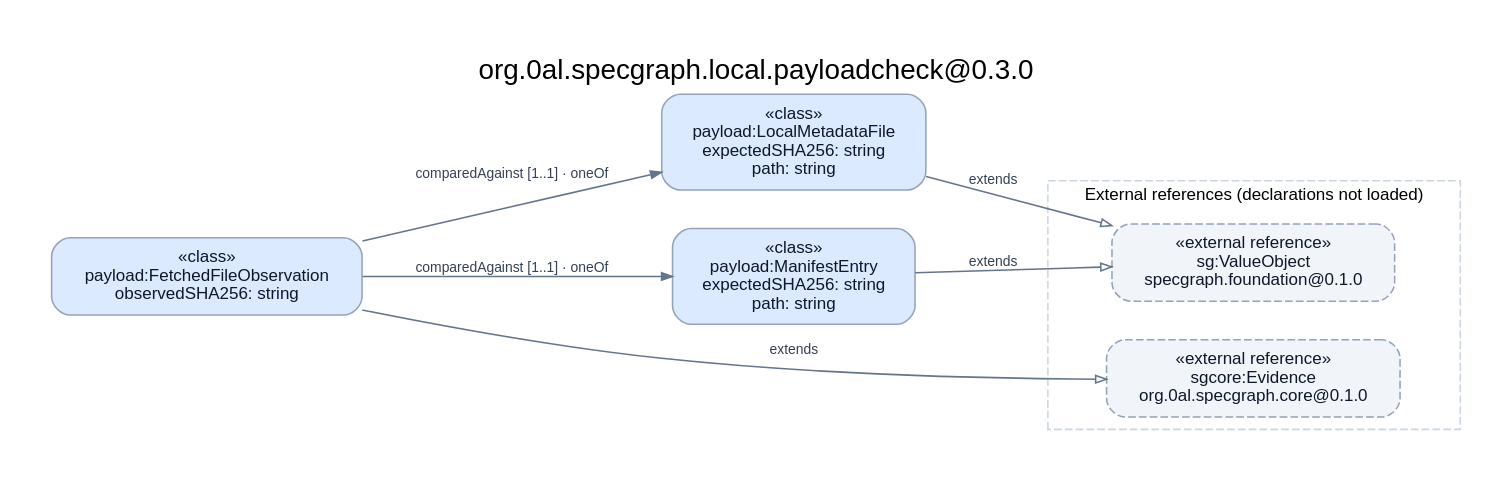
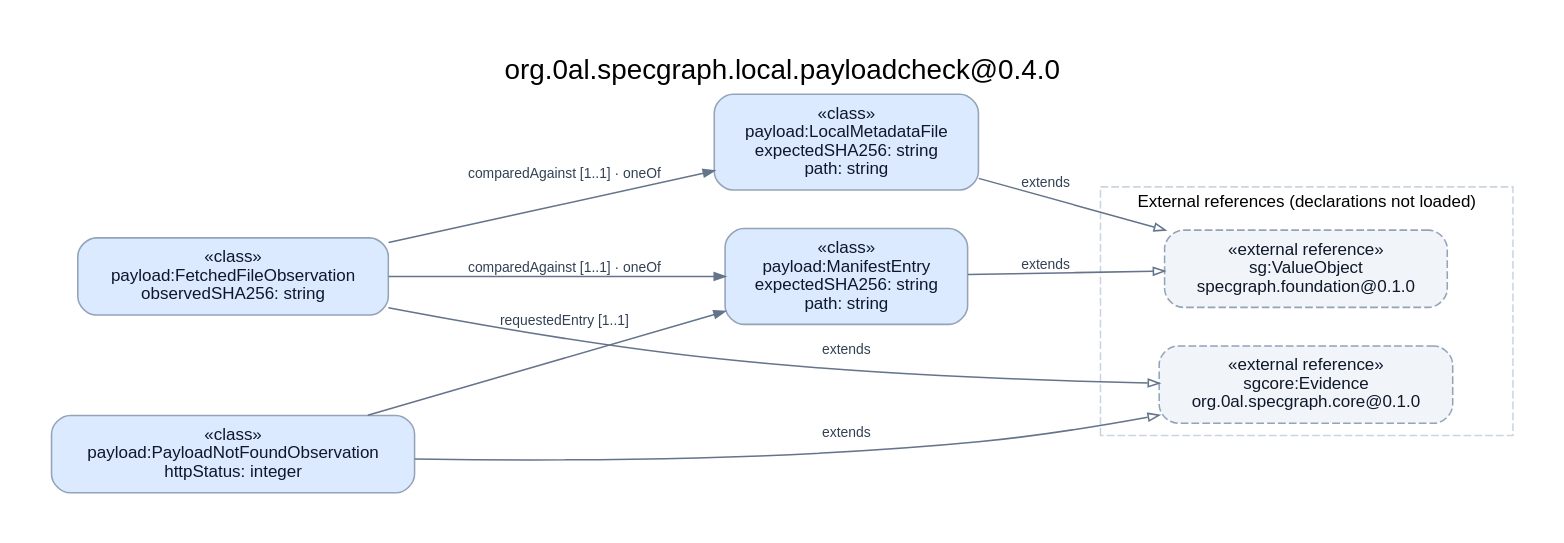
The diagram in specs/models/SG-SPEC-0071/ontology.dot (0al-spec/SpecGraph), drawn with Graphviz before and after one commit. The commit also changed 10 other files, not shown here.

First line of the commit message:
Distinguish a missing remote payload from an empty file

```diff
--- a/specs/models/SG-SPEC-0071/ontology.dot
+++ b/specs/models/SG-SPEC-0071/ontology.dot
@@ -1,21 +1,24 @@
 digraph ontology {
   graph [rankdir=LR, bgcolor="#ffffff", pad=0.35, nodesep=0.35, ranksep=0.7,
-    fontname="Helvetica", fontsize=18, labelloc=t, label="org.0al.specgraph.local.payloadcheck@0.3.0"];
+    fontname="Helvetica", fontsize=18, labelloc=t, label="org.0al.specgraph.local.payloadcheck@0.4.0"];
   node [shape=box, style="rounded,filled", fontname="Helvetica", fontsize=11,
     color="#94a3b8", fontcolor="#0f172a", fillcolor="#eff6ff", margin="0.16,0.1"];
   edge [fontname="Helvetica", fontsize=9, color="#64748b", fontcolor="#334155", arrowsize=0.7];
   "classes/payload:FetchedFileObservation" [label="«class»\npayload:FetchedFileObservation\nobservedSHA256: string", fillcolor="#dbeafe"];
   "classes/payload:LocalMetadataFile" [label="«class»\npayload:LocalMetadataFile\nexpectedSHA256: string\npath: string", fillcolor="#dbeafe"];
   "classes/payload:ManifestEntry" [label="«class»\npayload:ManifestEntry\nexpectedSHA256: string\npath: string", fillcolor="#dbeafe"];
+  "classes/payload:PayloadNotFoundObservation" [label="«class»\npayload:PayloadNotFoundObservation\nhttpStatus: integer", fillcolor="#dbeafe"];
   "classes/payload:FetchedFileObservation" -> "classes/payload:LocalMetadataFile" [label="comparedAgainst [1..1] · oneOf", style=solid, arrowhead=normal];
   "classes/payload:FetchedFileObservation" -> "classes/payload:ManifestEntry" [label="comparedAgainst [1..1] · oneOf", style=solid, arrowhead=normal];
   "classes/payload:FetchedFileObservation" -> "external/classes/sgcore:Evidence" [label="extends", style=solid, arrowhead=empty];
   "classes/payload:LocalMetadataFile" -> "external/classes/sg:ValueObject" [label="extends", style=solid, arrowhead=empty];
   "classes/payload:ManifestEntry" -> "external/classes/sg:ValueObject" [label="extends", style=solid, arrowhead=empty];
+  "classes/payload:PayloadNotFoundObservation" -> "classes/payload:ManifestEntry" [label="requestedEntry [1..1]", style=solid, arrowhead=normal];
+  "classes/payload:PayloadNotFoundObservation" -> "external/classes/sgcore:Evidence" [label="extends", style=solid, arrowhead=empty];
   subgraph cluster_external {
     label="External references (declarations not loaded)";
     fontsize=11; color="#cbd5e1"; style=dashed;
   "external/classes/sg:ValueObject" [label="«external reference»\nsg:ValueObject\nspecgraph.foundation@0.1.0", fillcolor="#f1f5f9", style="rounded,dashed,filled"];
   "external/classes/sgcore:Evidence" [label="«external reference»\nsgcore:Evidence\norg.0al.specgraph.core@0.1.0", fillcolor="#f1f5f9", style="rounded,dashed,filled"];
   }
 }
```
